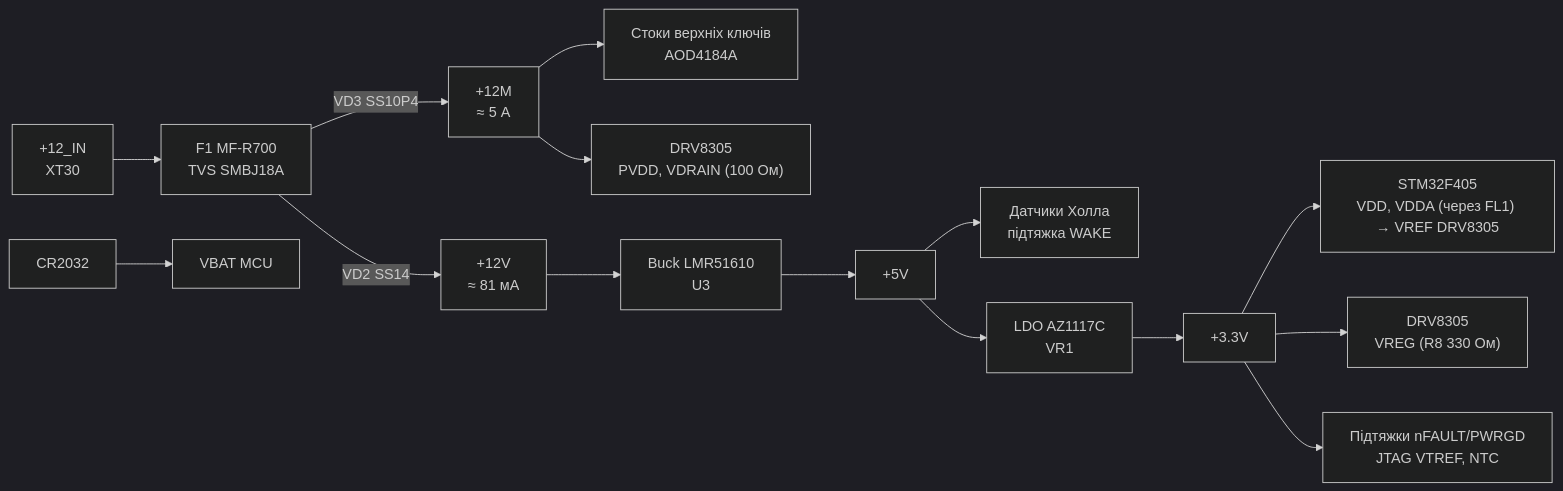
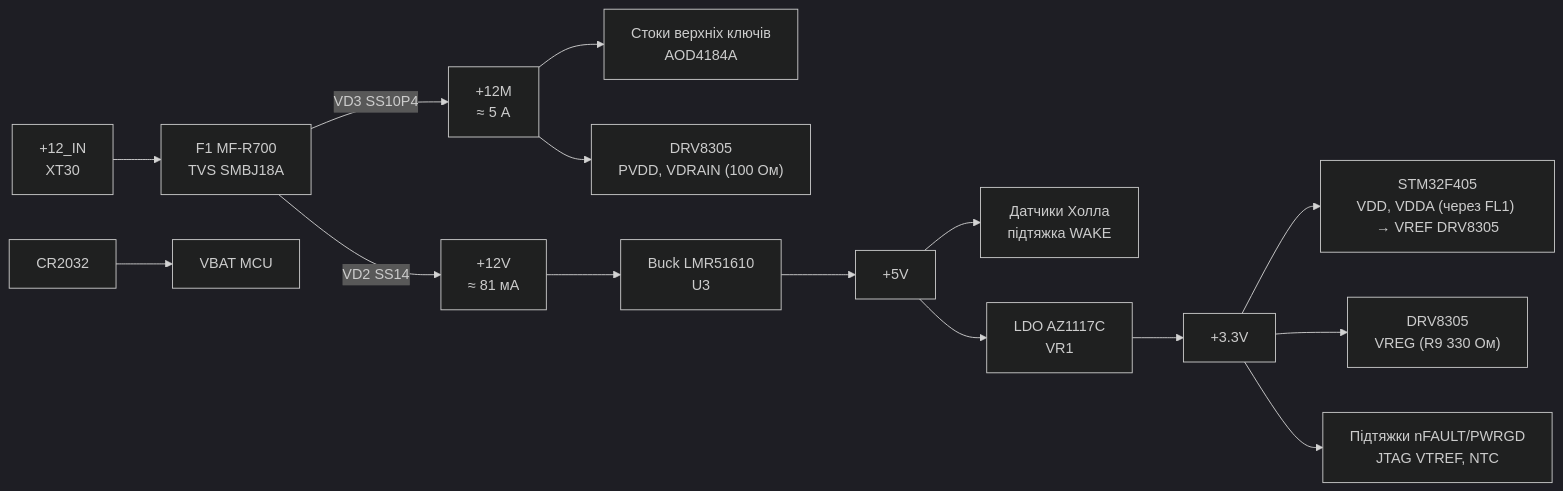
Before and after one commit to anhro/hardware-development: the second of 2 diagrams in motor-drive-controller/docs/architecture.md, drawn with Mermaid (dark theme). The commit also changed other lines of this file and 4 other files, not shown here.

Commit message:
fix(hw12): update oscillator specifications and properties in schematic and documentation

````diff
--- a/motor-drive-controller/docs/architecture.md
+++ b/motor-drive-controller/docs/architecture.md
@@ -33,17 +33,17 @@
 ```mermaid
 flowchart LR
     IN["+12_IN<br/>XT30"] --> F1["F1 MF-R700<br/>TVS SMBJ18A"]
     F1 -- "VD3 SS10P4" --> V12M["+12M<br/>≈ 5 А"]
     F1 -- "VD2 SS14" --> V12["+12V<br/>≈ 81 мА"]
     V12M --> Q["Стоки верхніх ключів<br/>AOD4184A"]
     V12M --> PVDD["DRV8305<br/>PVDD, VDRAIN (100 Ом)"]
     V12 --> BUCK["Buck LMR51610<br/>U3"]
     BUCK --> V5["+5V"]
     V5 --> HALL["Датчики Холла<br/>підтяжка WAKE"]
     V5 --> LDO["LDO AZ1117C<br/>VR1"]
     LDO --> V33["+3.3V"]
     V33 --> MCUP["STM32F405<br/>VDD, VDDA (через FL1) → VREF DRV8305"]
-    V33 --> DRVL["DRV8305<br/>VREG (R8 330 Ом)"]
+    V33 --> DRVL["DRV8305<br/>VREG (R9 330 Ом)"]
     V33 --> PU["Підтяжки nFAULT/PWRGD<br/>JTAG VTREF, NTC"]
     BAT["CR2032"] --> VBAT["VBAT MCU"]
 ```
````
